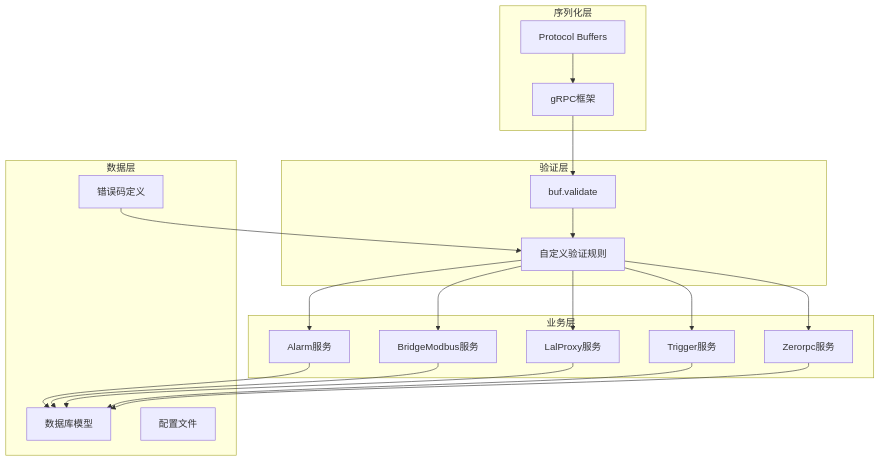
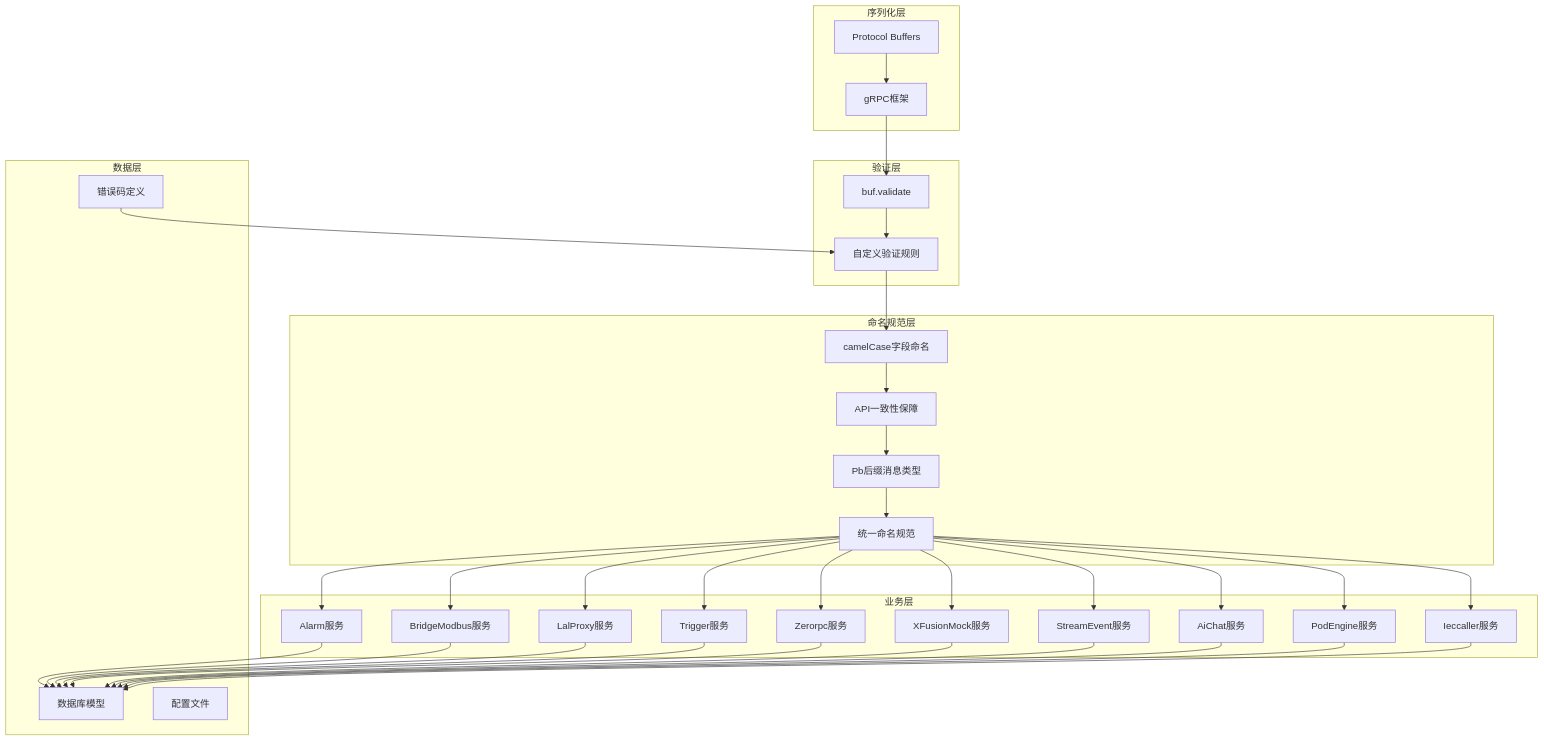
One commit to maomao94/zero-service changed the fourth of 17 diagrams in .qoder/repowiki/zh/content/系统架构设计/服务通信机制/gRPC高性能RPC通信/Protocol Buffers序列化机制.md. Above: the diagram before and after it, drawn with Mermaid. The commit also changed other lines of this file and 15 other files, not shown here.

````diff
--- a/.qoder/repowiki/zh/content/系统架构设计/服务通信机制/gRPC高性能RPC通信/Protocol Buffers序列化机制.md
+++ b/.qoder/repowiki/zh/content/系统架构设计/服务通信机制/gRPC高性能RPC通信/Protocol Buffers序列化机制.md
@@ -134,37 +164,62 @@
 ```mermaid
 graph TB
 subgraph "序列化层"
 A[Protocol Buffers]
 B[gRPC框架]
 end
 subgraph "验证层"
 C[buf.validate]
 D[自定义验证规则]
 end
+subgraph "命名规范层"
+E[camelCase字段命名]
+F[API一致性保障]
+G[Pb后缀消息类型]
+H[统一命名规范]
+end
 subgraph "业务层"
-E[Alarm服务]
-F[BridgeModbus服务]
-G[LalProxy服务]
-H[Trigger服务]
-I[Zerorpc服务]
+I[Alarm服务]
+J[BridgeModbus服务]
+K[LalProxy服务]
+L[Trigger服务]
+M[Zerorpc服务]
+N[XFusionMock服务]
+O[StreamEvent服务]
+P[AiChat服务]
+Q[PodEngine服务]
+R[Ieccaller服务]
 end
 subgraph "数据层"
-J[数据库模型]
-K[配置文件]
-L[错误码定义]
+S[数据库模型]
+T[配置文件]
+U[错误码定义]
 end
 A --> B
 B --> C
 C --> D
 D --> E
-D --> F
-D --> G
-D --> H
-D --> I
-E --> J
-F --> J
-G --> J
+E --> F
+F --> G
+G --> H
+H --> I
 H --> J
-I --> J
-L --> D
+H --> K
+H --> L
+H --> M
+H --> N
+H --> O
+H --> P
+H --> Q
+H --> R
+I --> S
+J --> S
+K --> S
+L --> S
+M --> S
+N --> S
+O --> S
+P --> S
+Q --> S
+R --> S
+U --> D
 ```
````
